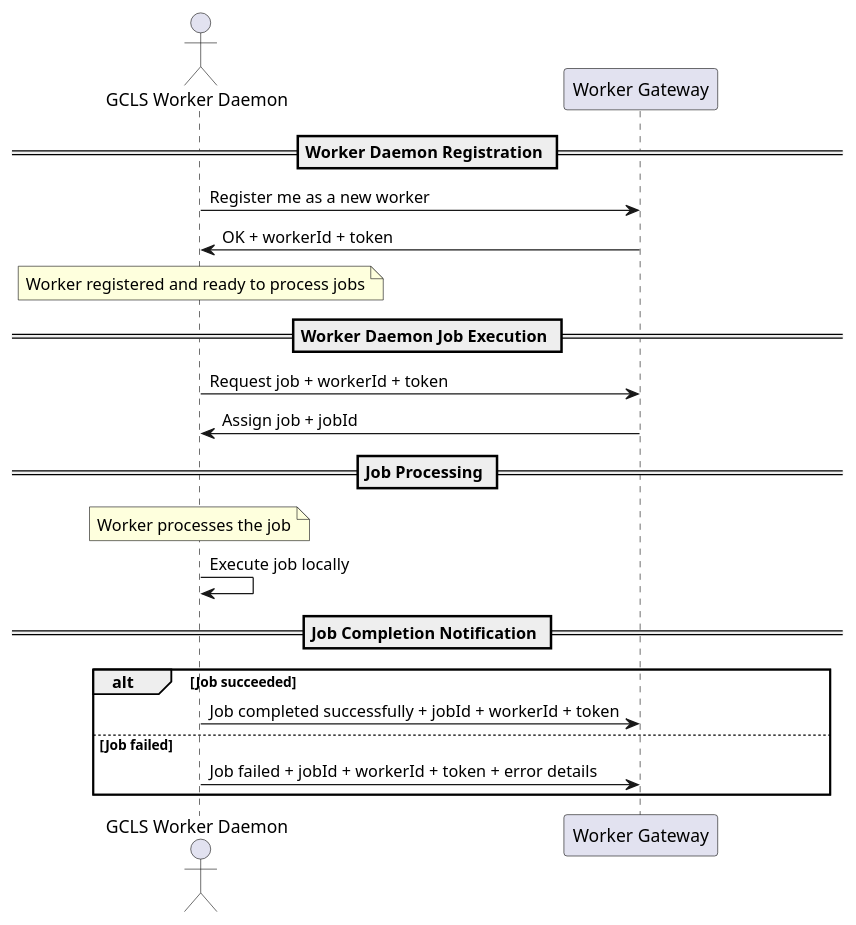
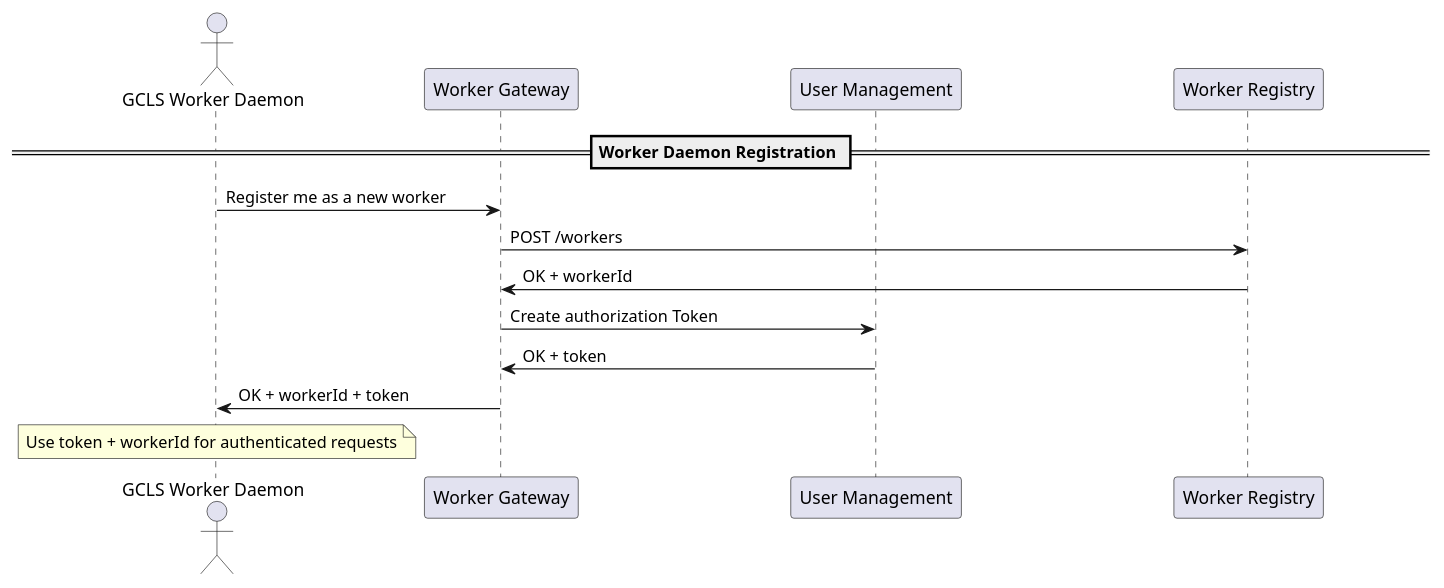
The diagram in docs/diagrams/worker-daemon.puml (informatik-mannheim/cmg-ss2025), drawn with PlantUML before and after one commit. The commit also changed 2 other files, not shown here.

Commit message:
Updated sequence diagram to only show login/registration scenario

```diff
--- a/docs/diagrams/worker-daemon.puml
+++ b/docs/diagrams/worker-daemon.puml
@@ -1,36 +1,23 @@
 @startuml worker-daemon-sequence
 
 skinparam Shadowing false
 skinparam ParticipantPadding 80
 skinparam BoxPadding 10
 
 actor "GCLS Worker Daemon" as Worker
 participant "Worker Gateway" as Gateway
+participant "User Management" as UserManagement
+participant "Worker Registry" as Registry
 
 == Worker Daemon Registration ==
 
 Worker -> Gateway: Register me as a new worker
+Gateway -> Registry: POST /workers
+Registry -> Gateway: OK + workerId
+Gateway -> UserManagement: Create authorization Token
+UserManagement -> Gateway: OK + token
 Gateway -> Worker: OK + workerId + token
 
-note over Worker: Worker registered and ready to process jobs
-
-== Worker Daemon Job Execution ==
-
-Worker -> Gateway: Request job + workerId + token
-Gateway -> Worker: Assign job + jobId
-
-== Job Processing ==
-note over Worker: Worker processes the job
-Worker -> Worker: Execute job locally
-
-== Job Completion Notification ==
-
-alt Job succeeded
-    Worker -> Gateway: Job completed successfully + jobId + workerId + token
-else Job failed
-    Worker -> Gateway: Job failed + jobId + workerId + token + error details
-end
-
-
+note over Worker: Use token + workerId for authenticated requests
 
 @enduml
```
